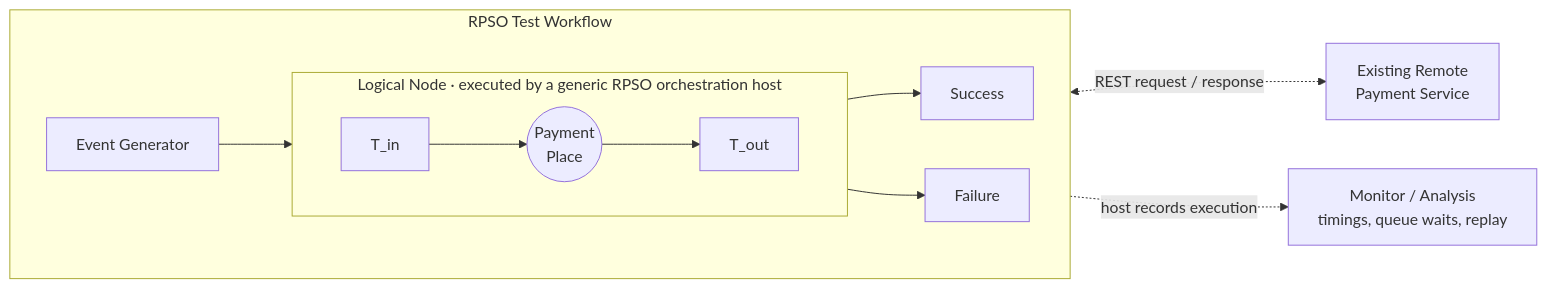
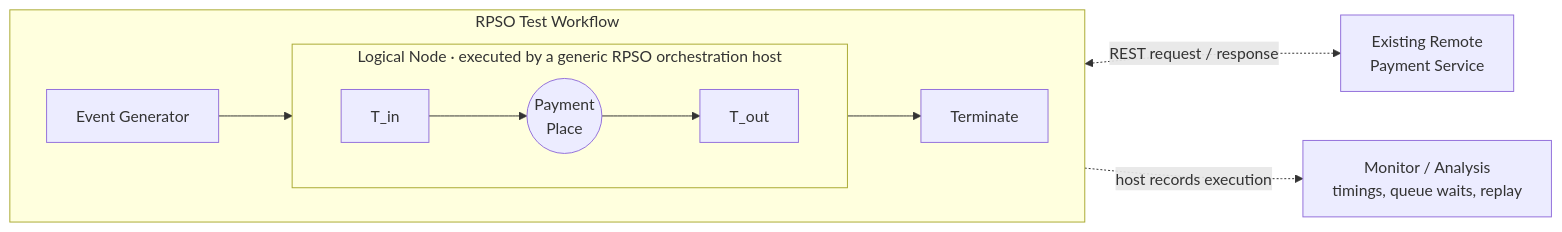
One commit to AlexanderAdelAU/Rule-Propagated-Service-Orchestration changed the diagram in README.md. Above: the diagram before and after it, drawn with Mermaid. The commit also changed other lines of this file, not shown here.

Commit message:
Simplify first-use Petri-net test workflow to a single termination

````diff
--- a/README.md
+++ b/README.md
@@ -15,17 +15,16 @@
 ```mermaid
 flowchart LR
     subgraph RPSO["RPSO Test Workflow"]
         direction LR
         EG["Event Generator"]
         subgraph NODE["Logical Node · executed by a generic RPSO orchestration host"]
             direction LR
             TI["T_in"] --> P(("Payment<br/>Place")) --> TO["T_out"]
         end
         EG --> TI
-        TO --> OK["Success"]
-        TO --> FAIL["Failure"]
+        TO --> END["Terminate"]
     end
 
     P <-. "REST request / response" .-> REST["Existing Remote<br/>Payment Service"]
     NODE -. "host records execution" .-> OBS["Monitor / Analysis<br/>timings, queue waits, replay"]
 ```
````
